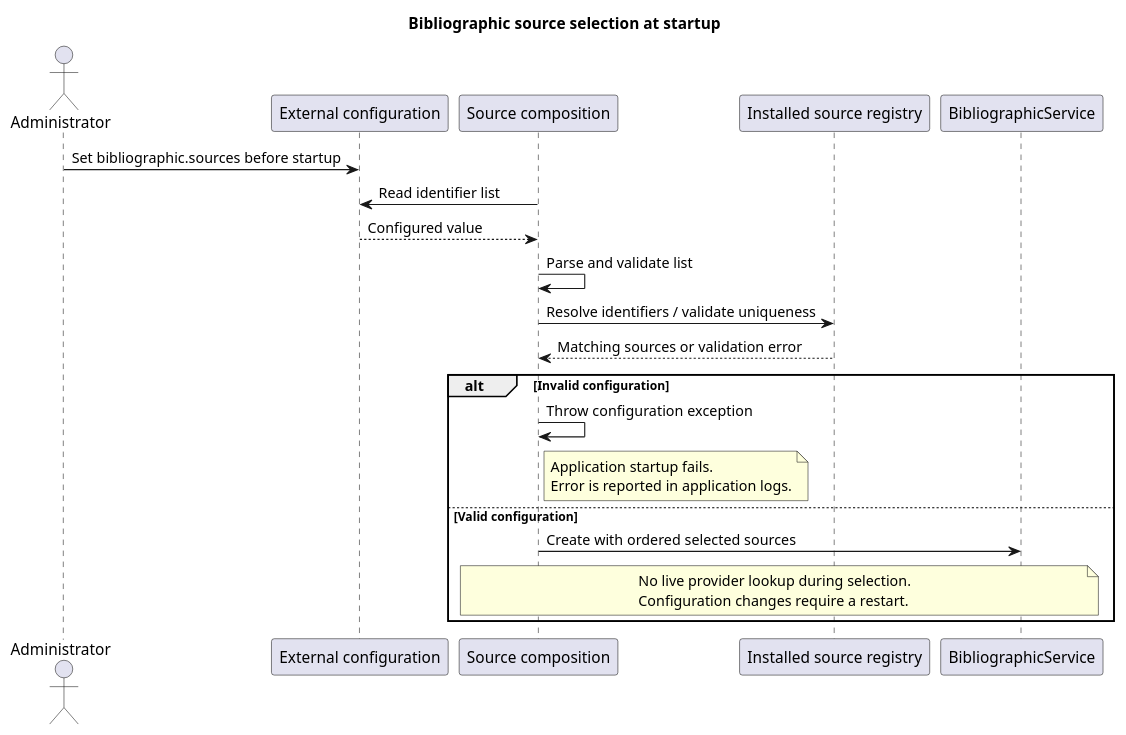
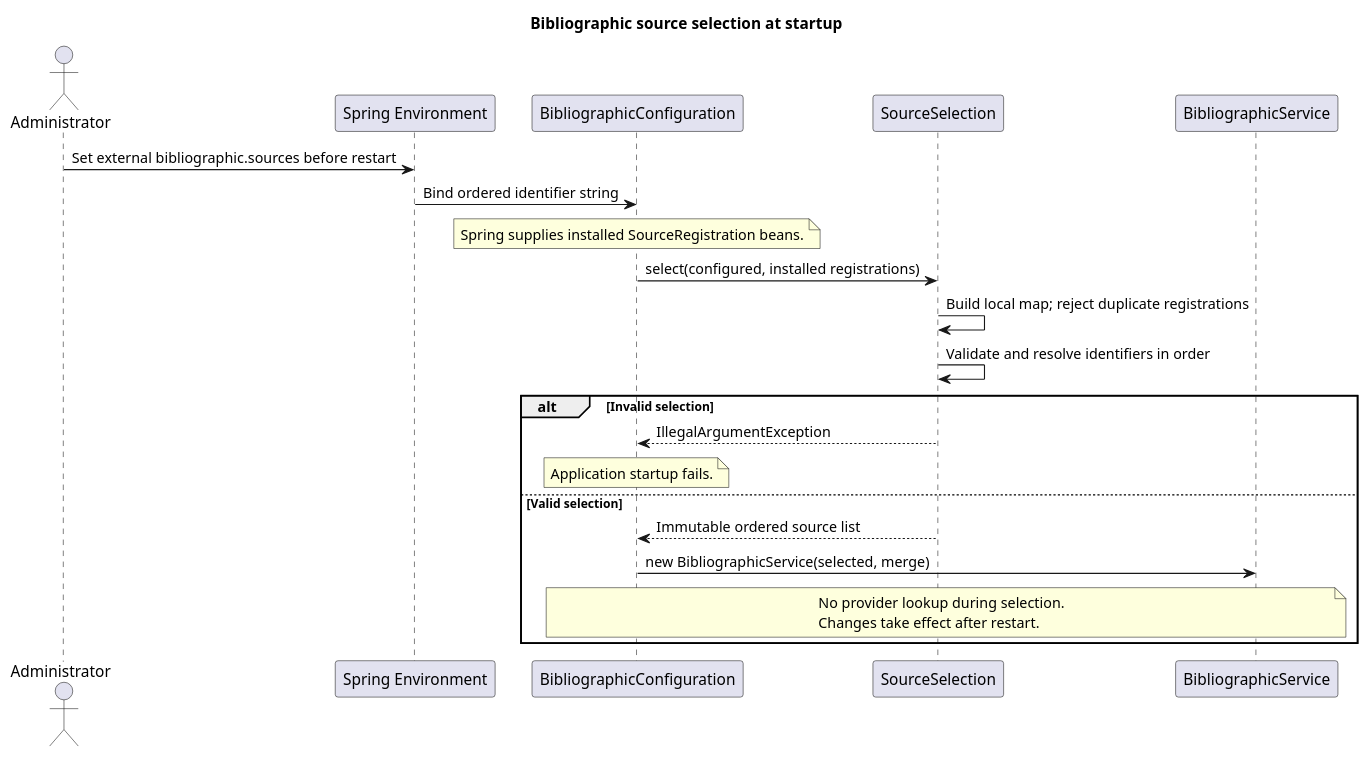
Before and after one commit to Max1124/ARQSOFT_ODSOFT_G6: the diagram in Docs/DocsMasterDegree/system-to-be/Images/BibliographicConfigurationSequence.puml, drawn with PlantUML. The commit also changed 55 other files, not shown here.

```diff
--- a/Docs/DocsMasterDegree/system-to-be/Images/BibliographicConfigurationSequence.puml
+++ b/Docs/DocsMasterDegree/system-to-be/Images/BibliographicConfigurationSequence.puml
@@ -1,36 +1,24 @@
 @startuml
 skinparam shadowing false
 skinparam backgroundColor white
-
 title Bibliographic source selection at startup
-
 actor Administrator
-participant "External configuration" as Config
-participant "Source composition" as Composition
-participant "Installed source registry" as Registry
+participant "Spring Environment" as Config
+participant BibliographicConfiguration as Composition
+participant SourceSelection as Selection
 participant BibliographicService as Service
-
-Administrator -> Config : Set bibliographic.sources before startup
-
-Composition -> Config : Read identifier list
-Config --> Composition : Configured value
-
-Composition -> Composition : Parse and validate list
-Composition -> Registry : Resolve identifiers / validate uniqueness
-Registry --> Composition : Matching sources or validation error
-
-alt Invalid configuration
-  Composition -> Composition : Throw configuration exception
-  note right of Composition
-    Application startup fails.
-    Error is reported in application logs.
-  end note
-else Valid configuration
-  Composition -> Service : Create with ordered selected sources
-  note over Composition,Service
-    No live provider lookup during selection.
-    Configuration changes require a restart.
-  end note
+Administrator -> Config : Set external bibliographic.sources before restart
+Config -> Composition : Bind ordered identifier string
+note over Composition : Spring supplies installed SourceRegistration beans.
+Composition -> Selection : select(configured, installed registrations)
+Selection -> Selection : Build local map; reject duplicate registrations
+Selection -> Selection : Validate and resolve identifiers in order
+alt Invalid selection
+ Selection --> Composition : IllegalArgumentException
+ note over Composition : Application startup fails.
+else Valid selection
+ Selection --> Composition : Immutable ordered source list
+ Composition -> Service : new BibliographicService(selected, merge)
+ note over Composition,Service : No provider lookup during selection.\nChanges take effect after restart.
 end
-
 @enduml
```
